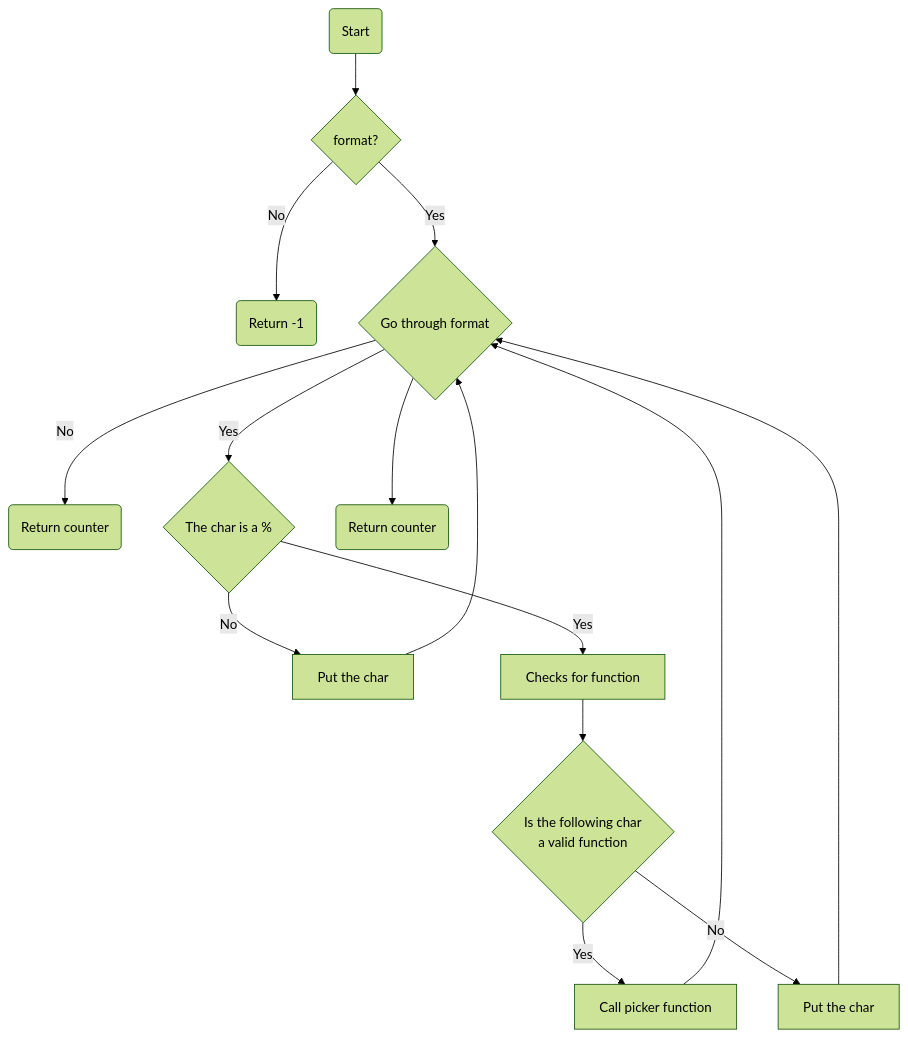
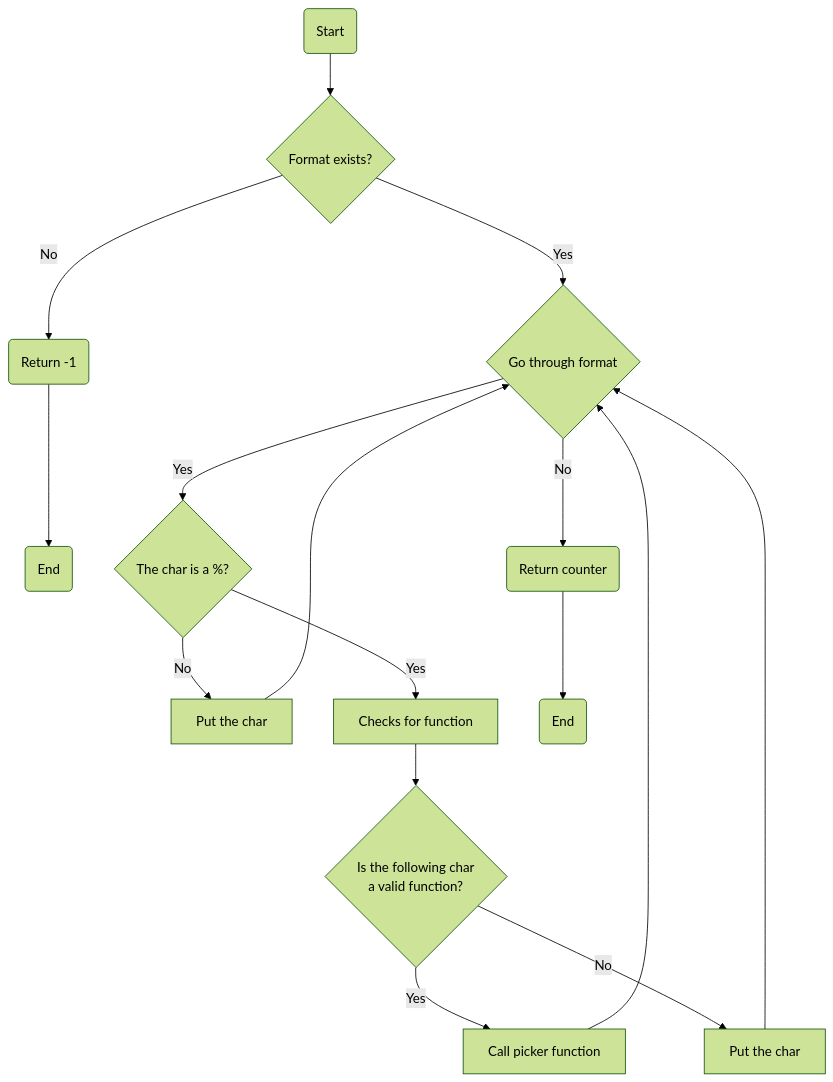
One commit to seba230903/holbertonschool-printf changed the diagram in README.md. Above: the diagram before and after it, drawn with Mermaid (forest theme).

````diff
--- a/README.md
+++ b/README.md
@@ -79,14 +79,15 @@
 ```mermaid
 graph TD;
-  Start0(Start)-->If0{format?}
+  Start0(Start)-->If0{Format exists?}
   If0-->|No|Return0(Return -1)
+  Return0-->End0(End)
   If0-->|Yes|While0{Go through format}
   While0-->|No|Return1(Return counter)
-  While0-->|Yes|If1{The char is a %}
+  While0-->|Yes|If1{The char is a %?}
   If1-->|No|Put0[Put the char]-->While0
   If1-->|Yes|For0[Checks for function]
-  For0-->If2{Is the following char<br>a valid function}
+  For0-->If2{Is the following char<br>a valid function?}
   If2-->|Yes|Call0[Call picker function]-->While0
   If2-->|No|Put1[Put the char]-->While0
-  While0-->Return2(Return counter)
+  Return1-->End1(End)
  ```
````
